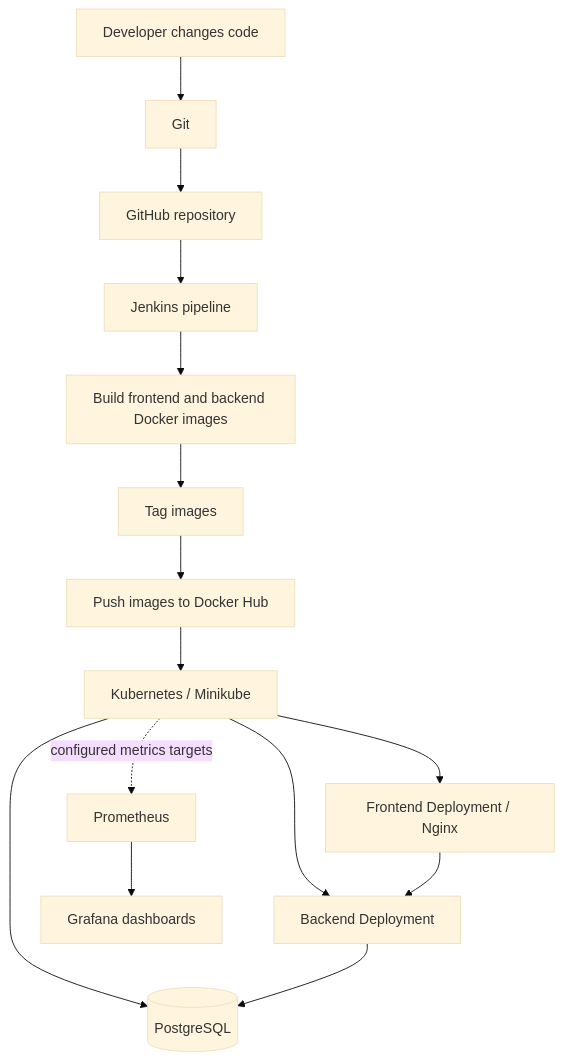
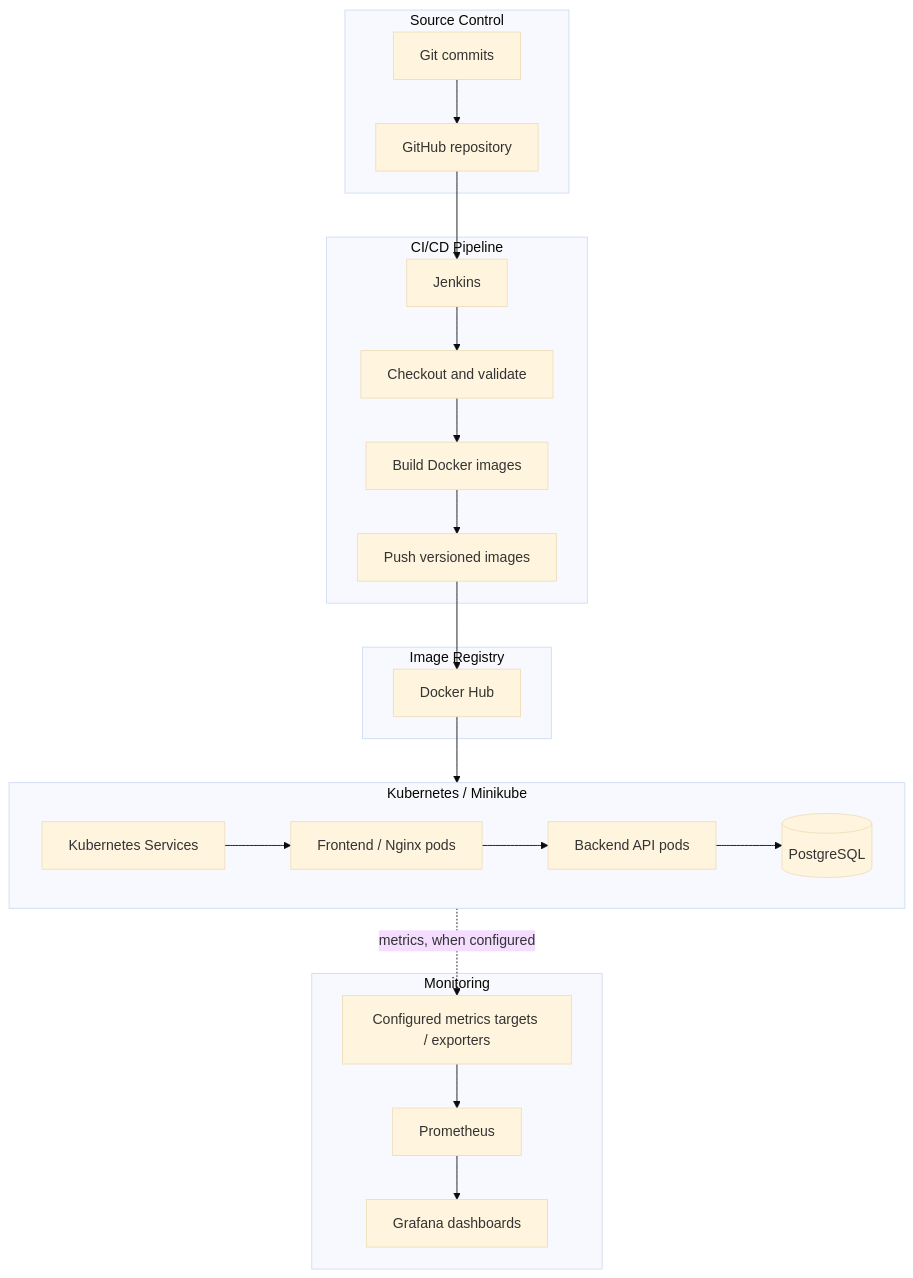
One commit to bevararaghu5-netizen/go-furniture changed the diagram in README.md. Above: the diagram before and after it, drawn with Mermaid (base theme). The commit also changed other lines of this file and 2 other files, not shown here.

Commit message:
Update DevOps documentation and monitoring guide

````diff
--- a/README.md
+++ b/README.md
@@ -9,18 +39,42 @@
 ```mermaid
-flowchart TD
-    DEV[Developer changes code] --> GIT[Git]
-    GIT --> GH[GitHub repository]
-    GH --> J[Jenkins pipeline]
-    J --> BUILD[Build frontend and backend Docker images]
-    BUILD --> TAG[Tag images]
-    TAG --> DH[Push images to Docker Hub]
-    DH --> K8S[Kubernetes / Minikube]
-    K8S --> FE[Frontend Deployment / Nginx]
-    K8S --> API[Backend Deployment]
-    K8S --> DB[(PostgreSQL)]
-    FE --> API
-    API --> DB
+flowchart TB
+    subgraph SCM["Source Control"]
+        GIT["Git commits"]
+        GH["GitHub repository"]
+        GIT --> GH
+    end
 
-    K8S -. configured metrics targets .-> PROM[Prometheus]
-    PROM --> GRAF[Grafana dashboards]
+    subgraph PIPE["CI/CD Pipeline"]
+        J["Jenkins"]
+        CHECK["Checkout and validate"]
+        BUILD["Build Docker images"]
+        PUSH["Push versioned images"]
+        J --> CHECK --> BUILD --> PUSH
+    end
+
+    subgraph REG["Image Registry"]
+        DH["Docker Hub"]
+    end
+
+    subgraph CLUSTER["Kubernetes / Minikube"]
+        SVC["Kubernetes Services"]
+        FE["Frontend / Nginx pods"]
+        BE["Backend API pods"]
+        DB[("PostgreSQL")]
+        SVC --> FE
+        FE --> BE
+        BE --> DB
+    end
+
+    subgraph OBS["Monitoring"]
+        TARGET["Configured metrics targets / exporters"]
+        PROM["Prometheus"]
+        GRAF["Grafana dashboards"]
+        TARGET --> PROM --> GRAF
+    end
+
+    GH --> J
+    PUSH --> DH
+    DH --> CLUSTER
+    CLUSTER -. metrics, when configured .-> TARGET
 ```
````
